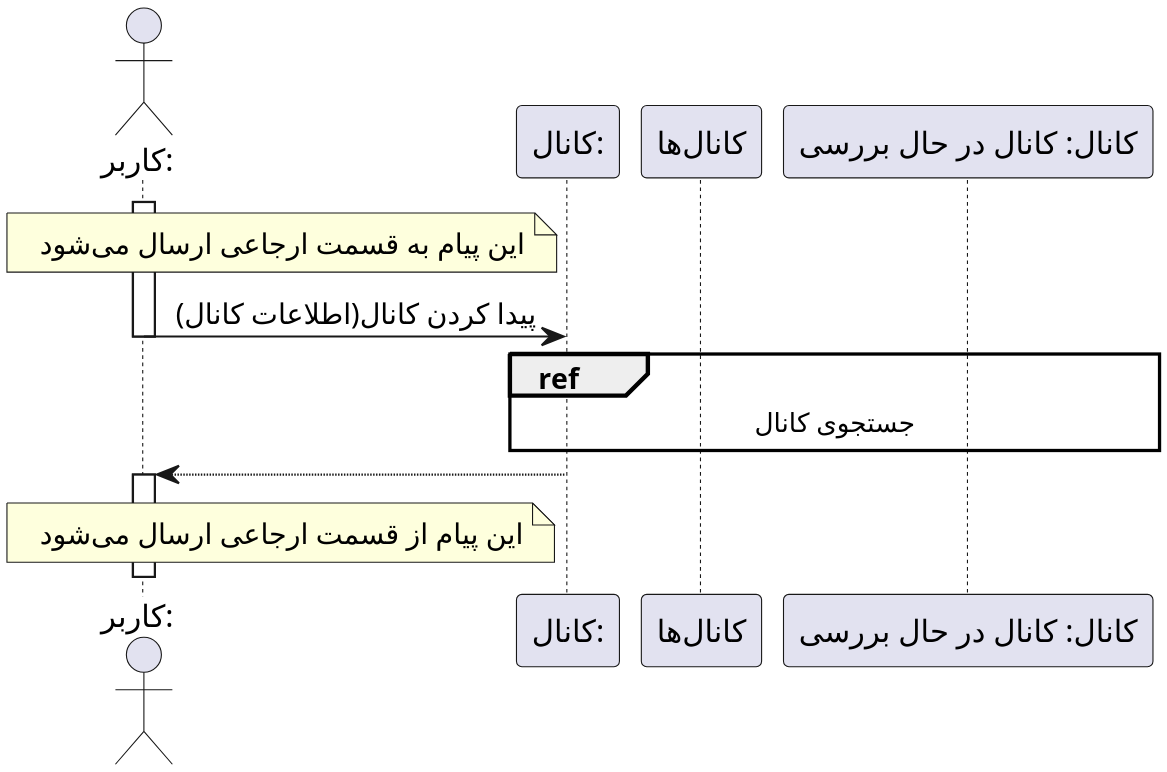
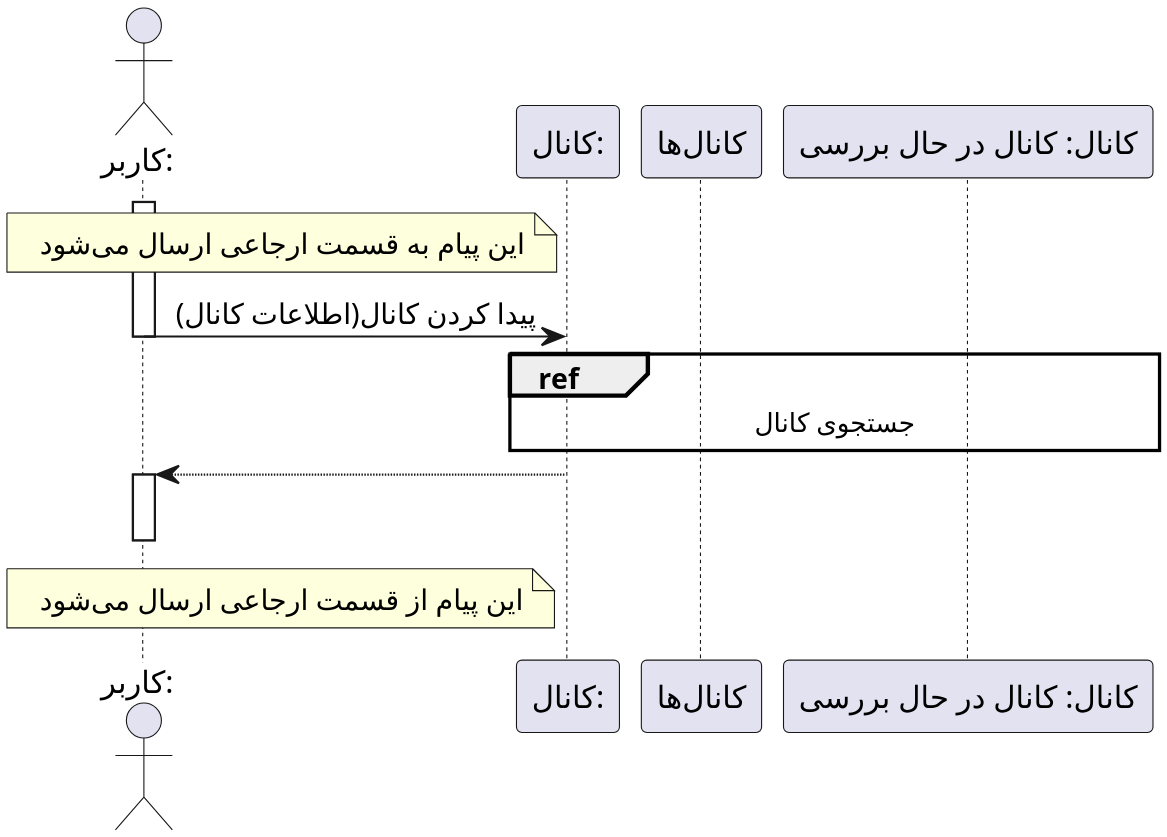
One commit to soleyman79/Qasedak changed the diagram in Diagrams/Sequence/SearchChanel_U.puml. Above: the diagram before and after it, drawn with PlantUML. The commit also changed 4 other files, not shown here.

```diff
--- a/Diagrams/Sequence/SearchChanel_U.puml
+++ b/Diagrams/Sequence/SearchChanel_U.puml
@@ -1,32 +1,33 @@
 @startuml search_chanel_usecase
 
 
 scale 3
 skinparam DefaultFontName Vazir
 skinparam DefaultTextAlignment center
 
 
 actor "کاربر:" as user 
 participant "کانال:" as chanel
 participant "کانال‌ها" as chanels
 participant "کانال: کانال در حال بررسی" as current_chanel
 
 note left chanel
 این پیام به قسمت ارجاعی ارسال می‌شود
 end note
 
 activate user
 user -> chanel : پیدا کردن کانال(اطلاعات کانال)
 deactivate user
 
 ref over chanel, chanels, current_chanel : جستجوی کانال
 chanel --> user
 
 activate user
+deactivate user
 
 note left chanel
 این پیام از قسمت ارجاعی ارسال می‌شود
 end note
 
 
 @enduml
```
